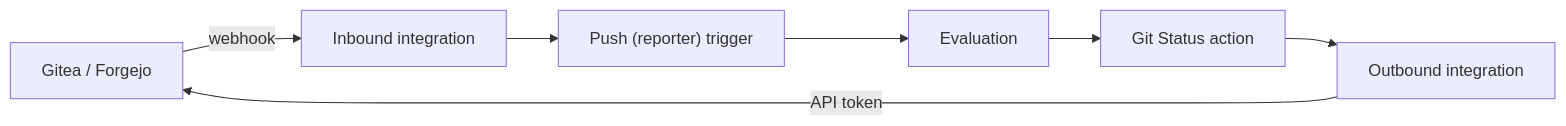
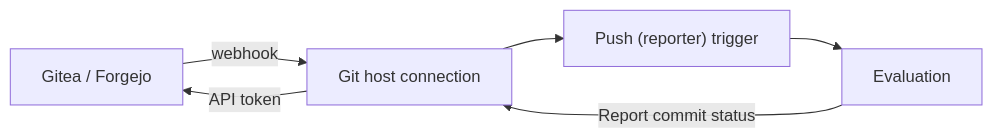
Before and after one commit to wavelens/gradient: the diagram in docs/src/guides/gitea.md, drawn with Mermaid. The commit also changed other lines of this file and 20 other files, not shown here.

````diff
--- a/docs/src/guides/gitea.md
+++ b/docs/src/guides/gitea.md
@@ -19,9 +19,8 @@
 ```mermaid
 flowchart LR
-    host["Gitea / Forgejo"] -- webhook --> inbound["Inbound integration"]
-    inbound --> trigger["Push (reporter) trigger"]
+    host["Gitea / Forgejo"] -- webhook --> connection["Git host connection"]
+    connection --> trigger["Push (reporter) trigger"]
     trigger --> eval["Evaluation"]
-    eval --> action["Git Status action"]
-    action --> outbound["Outbound integration"]
-    outbound -- "API token" --> host
+    eval -- "Report commit status" --> connection
+    connection -- "API token" --> host
 ```
````
